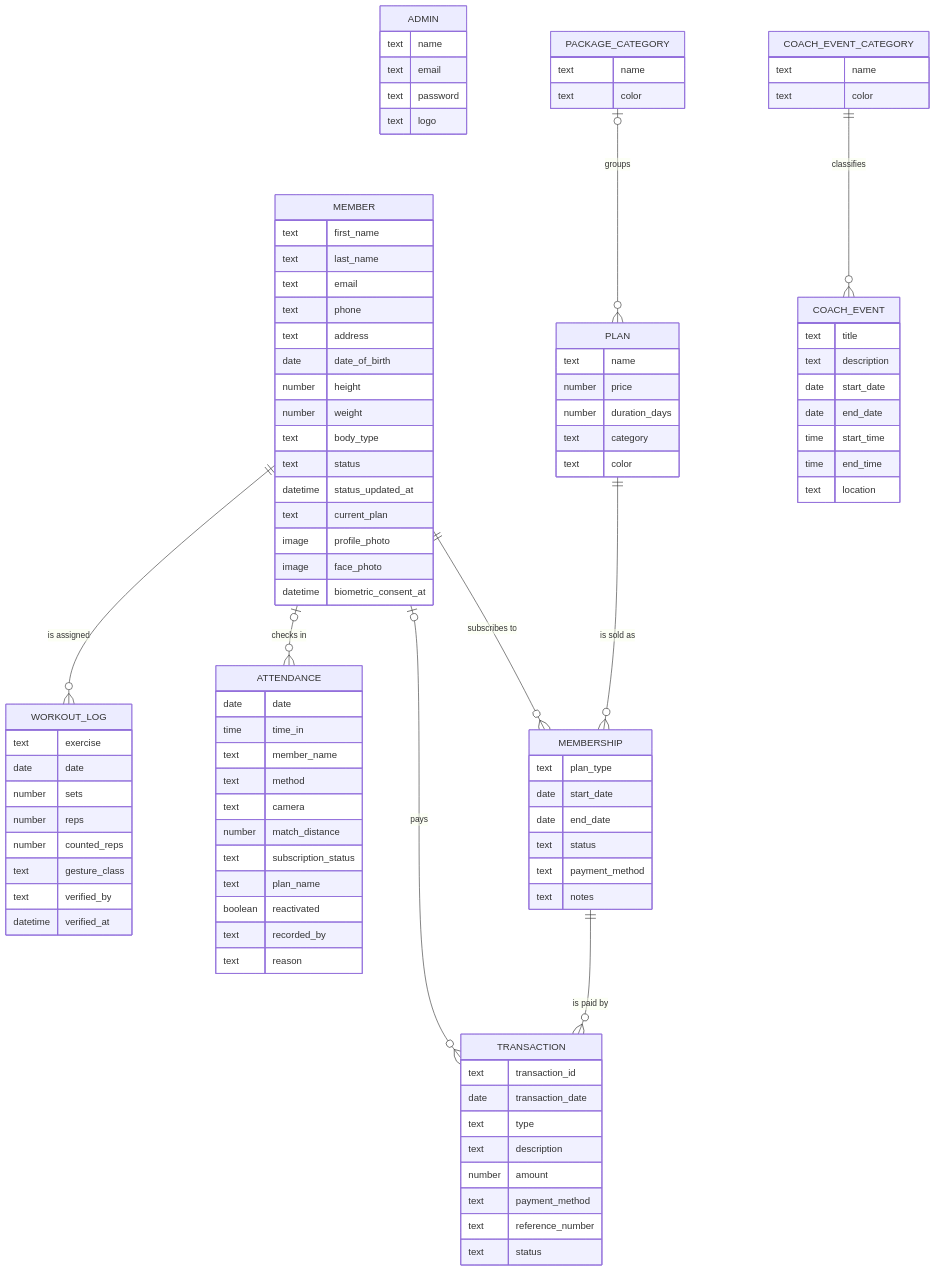
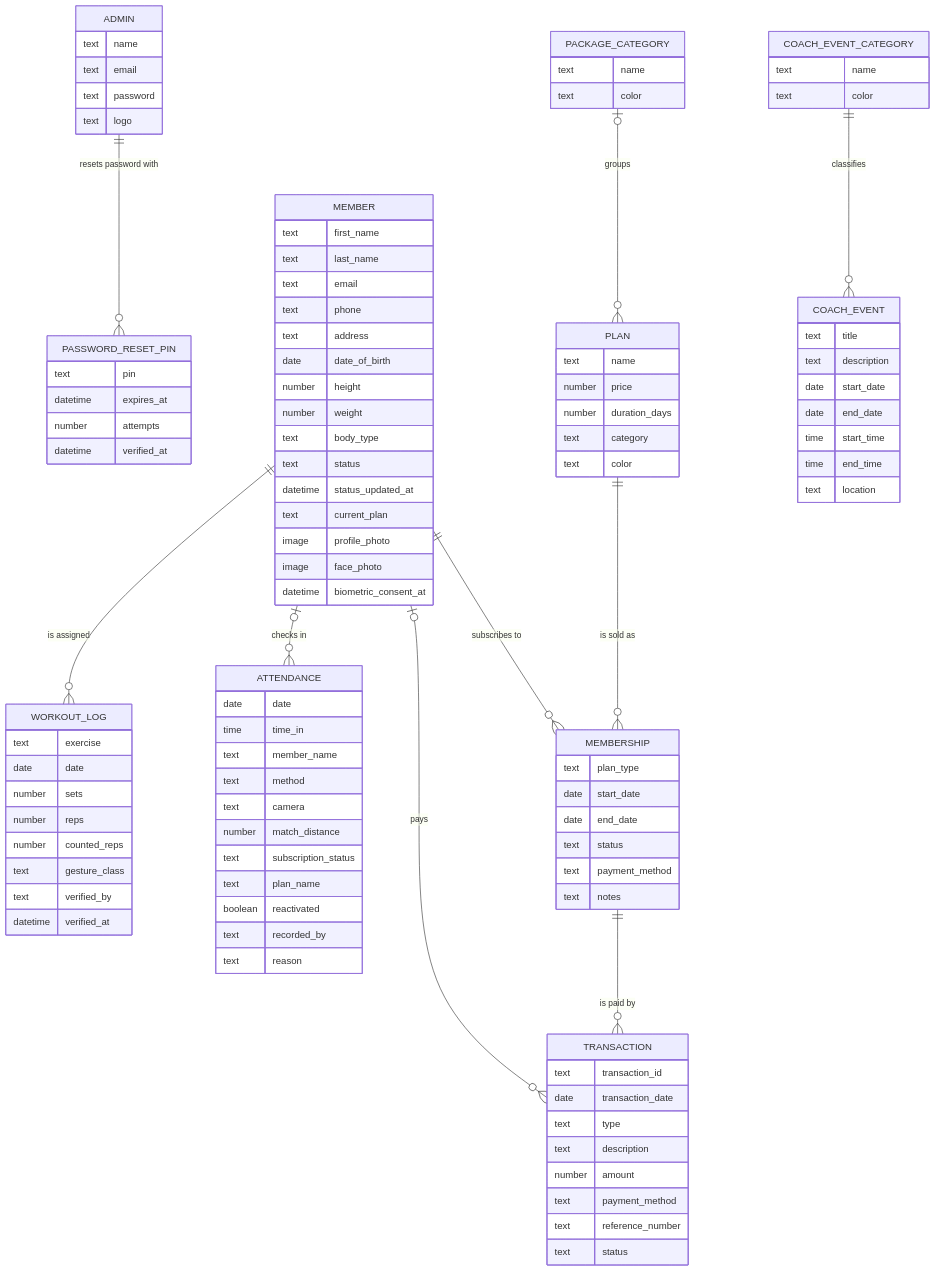
Before and after one commit to Plonteras191/GYM2-CAPSTONE: the eighth of 9 diagrams in Updated Current Plan For Development/Chapter4_Diagrams (2).md, drawn with Mermaid. The commit also changed other lines of this file and 7 other files, not shown here.

First line of the commit message:
docs(diagrams): align Chapter 4 and Correct_Diagrams with the system as built

```diff
--- a/Updated Current Plan For Development/Chapter4_Diagrams (2).md
+++ b/Updated Current Plan For Development/Chapter4_Diagrams (2).md
@@ -434,6 +496,12 @@
         text email
         text password
         text logo
+    }
+    PASSWORD_RESET_PIN {
+        text pin
+        datetime expires_at
+        number attempts
+        datetime verified_at
     }
     MEMBER {
         text first_name
@@ -518,6 +586,7 @@
         text location
     }
 
+    ADMIN ||--o{ PASSWORD_RESET_PIN : "resets password with"
     MEMBER ||--o{ MEMBERSHIP : "subscribes to"
     PLAN ||--o{ MEMBERSHIP : "is sold as"
     PACKAGE_CATEGORY |o--o{ PLAN : "groups"
```
